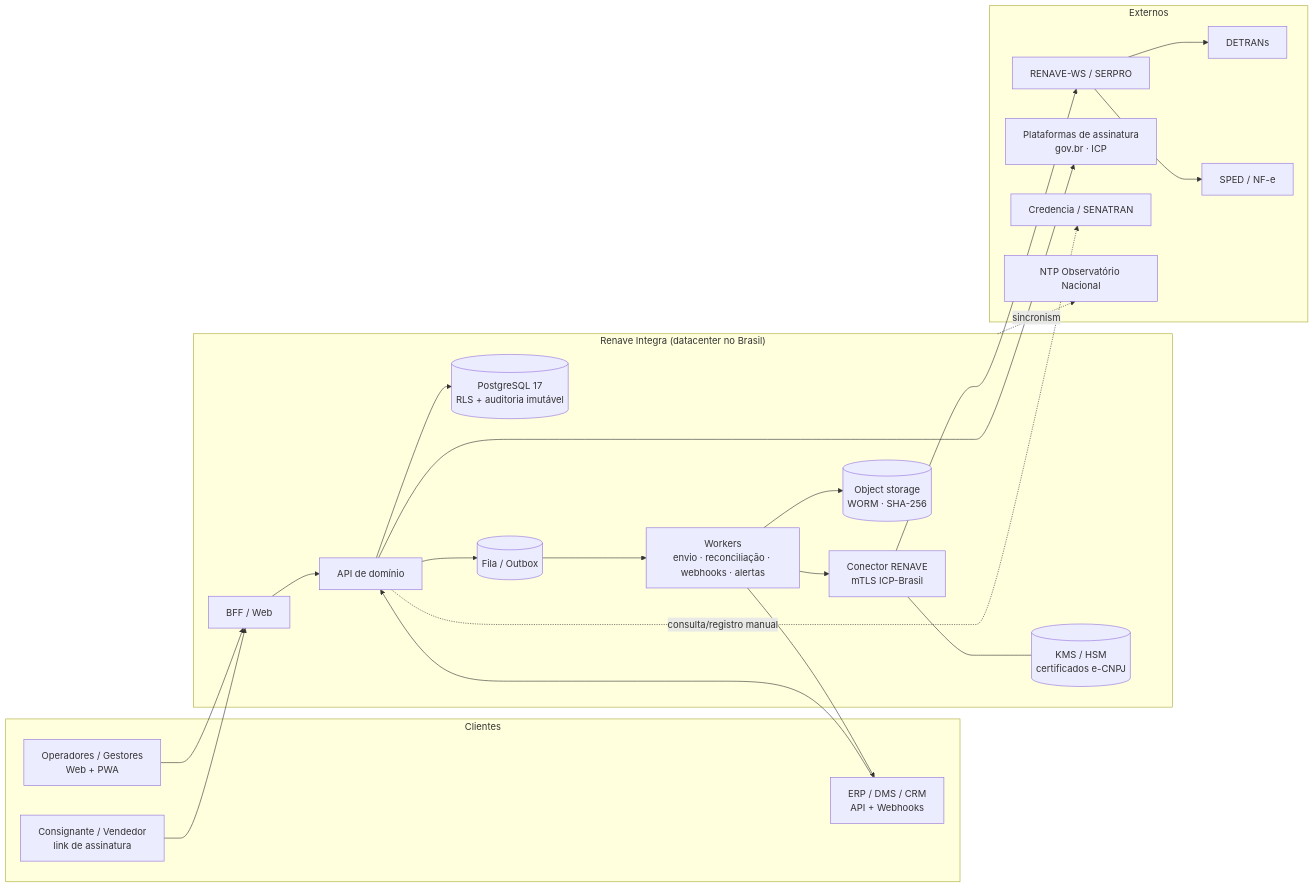
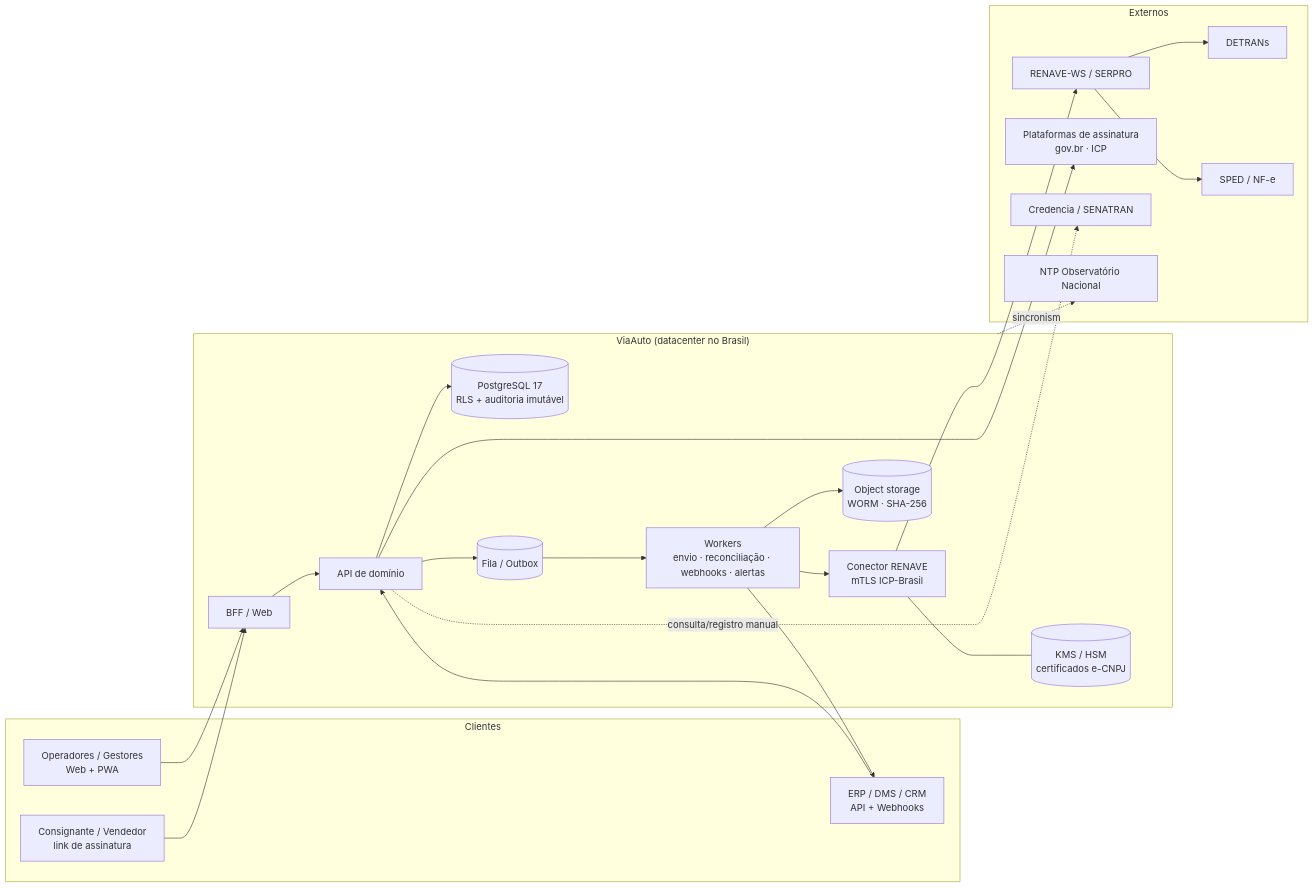
Before and after one commit to joaopaulomirandamatias/renave: the first of 4 diagrams in docs/07-arquitetura-e-dados.md, drawn with Mermaid. The commit also changed 6 other files, not shown here.

First line of the commit message:
Marca ViaAuto: renomeia o produto e adiciona doc 12 de marca e storytelling

````diff
--- a/docs/07-arquitetura-e-dados.md
+++ b/docs/07-arquitetura-e-dados.md
@@ -5,39 +5,39 @@
 ```mermaid
 flowchart LR
   subgraph Clientes
     U[Operadores / Gestores<br/>Web + PWA]
     ERP[ERP / DMS / CRM<br/>API + Webhooks]
     CON[Consignante / Vendedor<br/>link de assinatura]
   end
-  subgraph Plataforma["Renave Integra (datacenter no Brasil)"]
+  subgraph Plataforma["ViaAuto (datacenter no Brasil)"]
     BFF[BFF / Web]
     API[API de domínio]
     WK[Workers<br/>envio · reconciliação · webhooks · alertas]
     CX[Conector RENAVE<br/>mTLS ICP-Brasil]
     KMS[(KMS / HSM<br/>certificados e-CNPJ)]
     DB[(PostgreSQL 17<br/>RLS + auditoria imutável)]
     S3[(Object storage<br/>WORM · SHA-256)]
     Q[(Fila / Outbox)]
   end
   subgraph Externos
     RNV[RENAVE-WS / SERPRO]
     DET[DETRANs]
     SPED[SPED / NF-e]
     ASS[Plataformas de assinatura<br/>gov.br · ICP]
     CRD[Credencia / SENATRAN]
     NTP[NTP Observatório Nacional]
   end
   U --> BFF --> API
   ERP --> API
   CON --> BFF
   API --> DB
   API --> Q --> WK --> CX --> RNV
   CX --- KMS
   WK --> S3
   WK --> ERP
   RNV --> DET
   RNV --> SPED
   API --> ASS
   API -.consulta/registro manual.-> CRD
   Plataforma -.sincronismo.-> NTP
 ```
````
